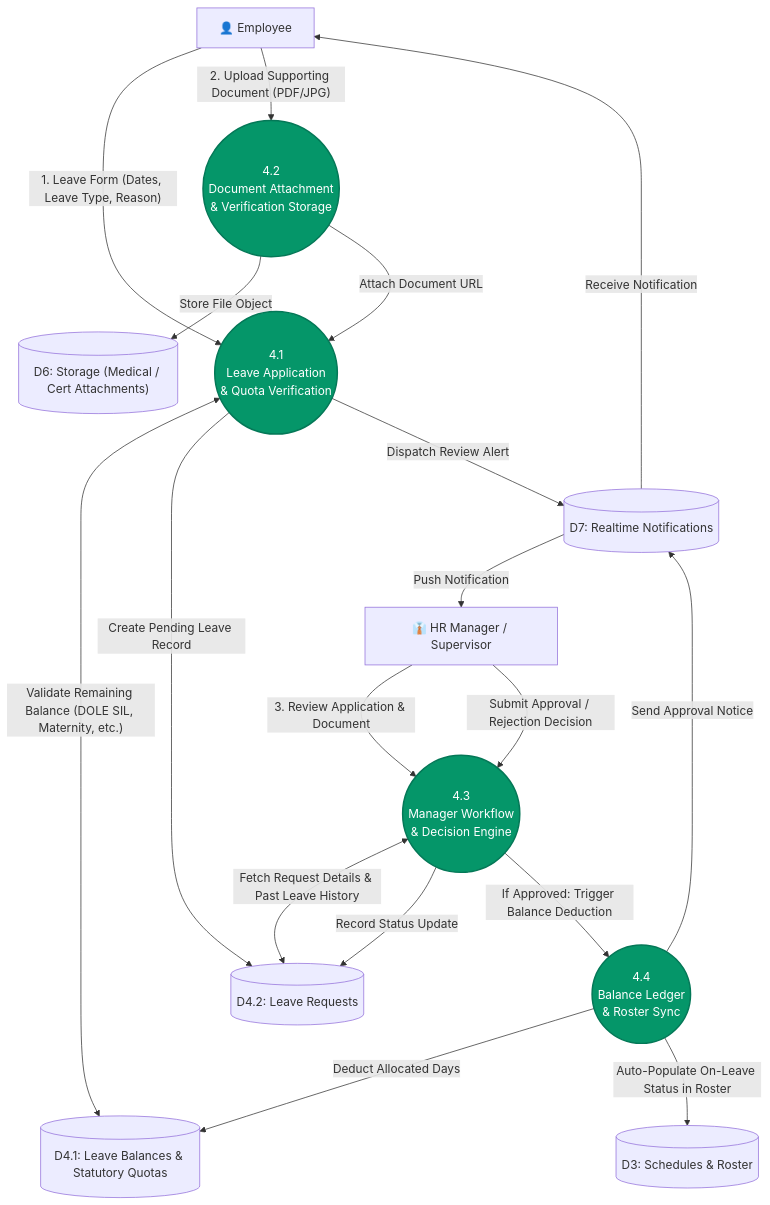
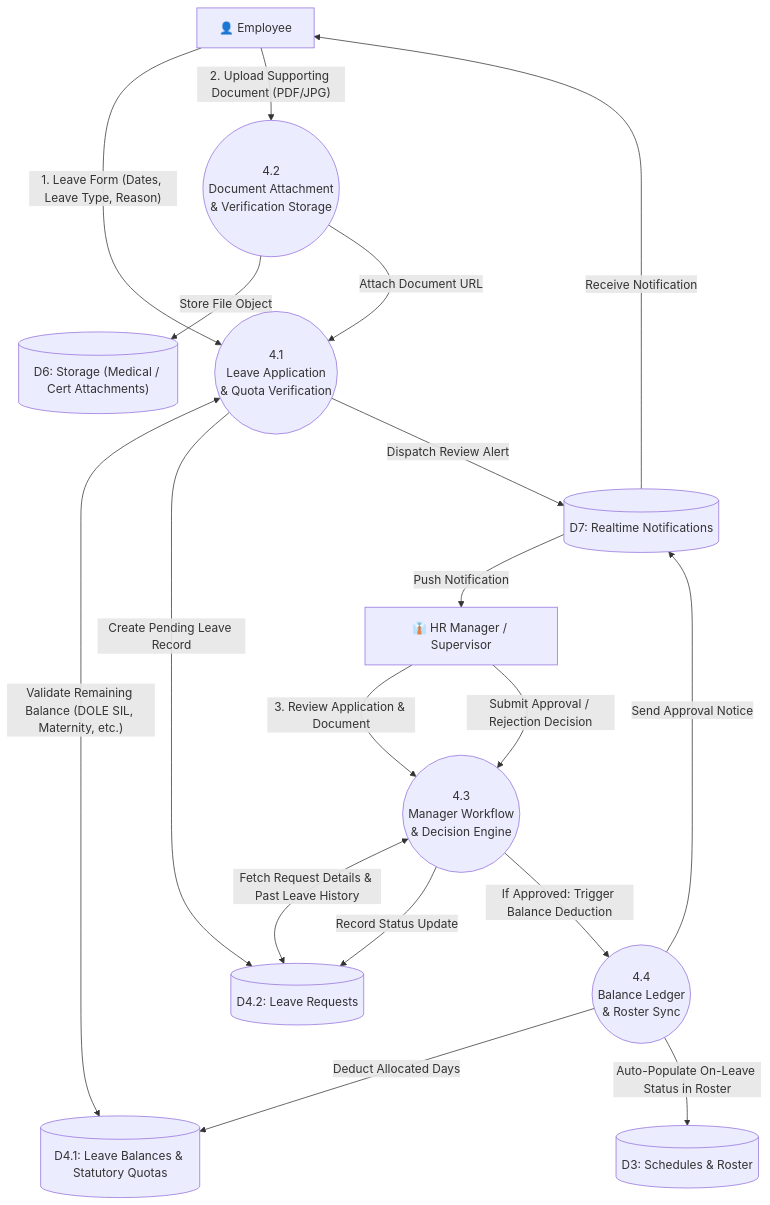
Before and after one commit to vincenico28/WorkForcePro: the fourth of 4 diagrams in Documentation/data_flow_diagram.md, drawn with Mermaid. The commit also changed other lines of this file and 1 other file, not shown here.

````diff
--- a/Documentation/data_flow_diagram.md
+++ b/Documentation/data_flow_diagram.md
@@ -241,48 +212,42 @@
 ```mermaid
 graph TD
     %% Entities
     EMP["👤 Employee"]
     MGR["👔 HR Manager / Supervisor"]
 
     %% Data Stores
     D3[("D3: Schedules & Roster")]
     D4_1[("D4.1: Leave Balances & Statutory Quotas")]
     D4_2[("D4.2: Leave Requests")]
     D6[("D6: Storage (Medical / Cert Attachments)")]
     D7[("D7: Realtime Notifications")]
 
     %% Sub-processes of 4.0
     P4_1(("4.1<br/>Leave Application<br/>& Quota Verification"))
     P4_2(("4.2<br/>Document Attachment<br/>& Verification Storage"))
     P4_3(("4.3<br/>Manager Workflow<br/>& Decision Engine"))
     P4_4(("4.4<br/>Balance Ledger<br/>& Roster Sync"))
 
     %% Flows
     EMP -->|"1. Leave Form (Dates, Leave Type, Reason)"| P4_1
     P4_1 <-->|"Validate Remaining Balance (DOLE SIL, Maternity, etc.)"| D4_1
     
     EMP -->|"2. Upload Supporting Document (PDF/JPG)"| P4_2
     P4_2 -->|"Store File Object"| D6
     P4_2 -->|"Attach Document URL"| P4_1
 
     P4_1 -->|"Create Pending Leave Record"| D4_2
     P4_1 -->|"Dispatch Review Alert"| D7
     D7 -->|"Push Notification"| MGR
 
     MGR -->|"3. Review Application & Document"| P4_3
     P4_3 <-->|"Fetch Request Details & Past Leave History"| D4_2
     MGR -->|"Submit Approval / Rejection Decision"| P4_3
 
     P4_3 -->|"Record Status Update"| D4_2
     P4_3 -->|"If Approved: Trigger Balance Deduction"| P4_4
     P4_4 -->|"Deduct Allocated Days"| D4_1
     P4_4 -->|"Auto-Populate On-Leave Status in Roster"| D3
     P4_4 -->|"Send Approval Notice"| D7
     D7 -->|"Receive Notification"| EMP
-
-    %% Styling
-    style P4_1 fill:#059669,stroke:#047857,stroke-width:2px,color:#fff
-    style P4_2 fill:#059669,stroke:#047857,stroke-width:2px,color:#fff
-    style P4_3 fill:#059669,stroke:#047857,stroke-width:2px,color:#fff
-    style P4_4 fill:#059669,stroke:#047857,stroke-width:2px,color:#fff
 ```
````
